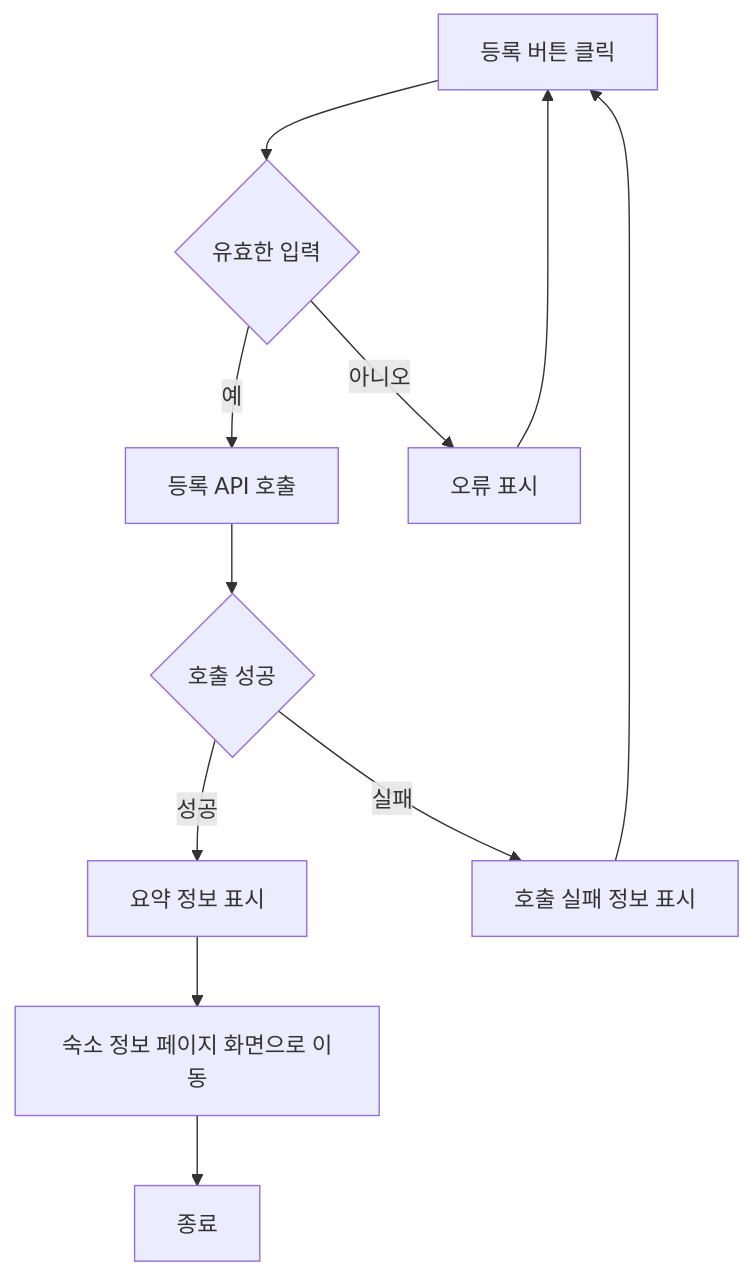
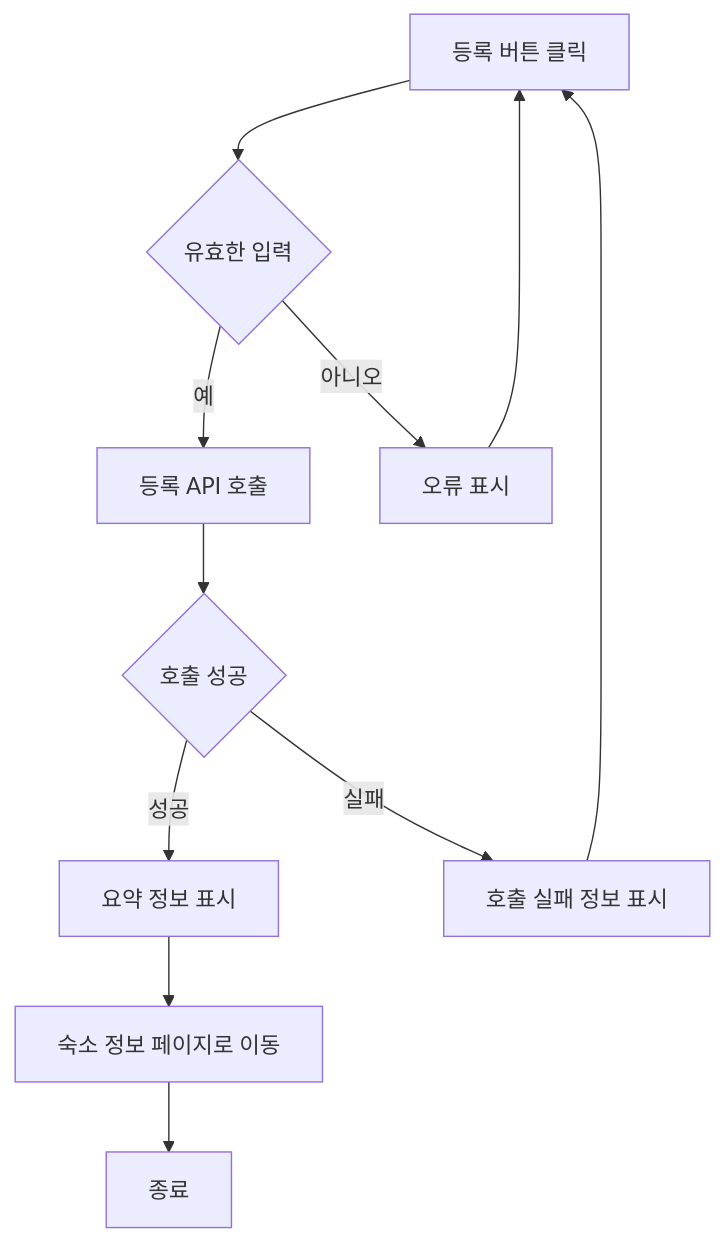
One commit to red-dev-Mark/devcamp-onboarding-project-Team-2 changed the seventh of 8 diagrams in design/기능정의서.md. Above: the diagram before and after it, drawn with Mermaid. The commit also changed other lines of this file, not shown here.

Commit message:
플로우 차트 작성#21

````diff
--- a/design/기능정의서.md
+++ b/design/기능정의서.md
@@ -119,13 +195,13 @@
 ```mermaid
 flowchart TD
     A[등록 버튼 클릭] --> B[입력 항목 유효성 검증]
     B{유효한 입력} -- 예 --> C[등록 API 호출]
     B{유효한 입력} -- 아니오 --> D[오류 표시]
     D --> A
     C --> E{호출 성공}
     E -- 성공 --> F[요약 정보 표시]
-    F --> G[숙소 정보 페이지 화면으로 이동]
+    F --> G[숙소 정보 페이지로 이동]
     E -- 실패 --> H[호출 실패 정보 표시]
     H --> A
     G --> Z[종료]
 ```
````
